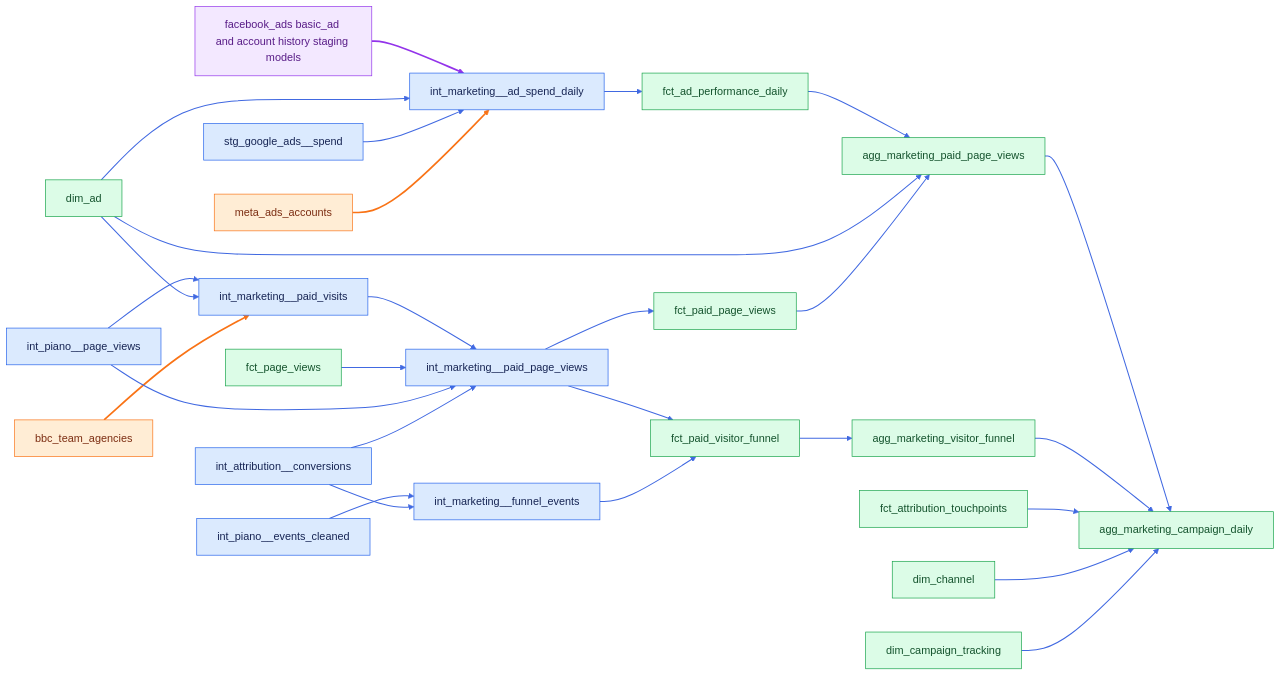
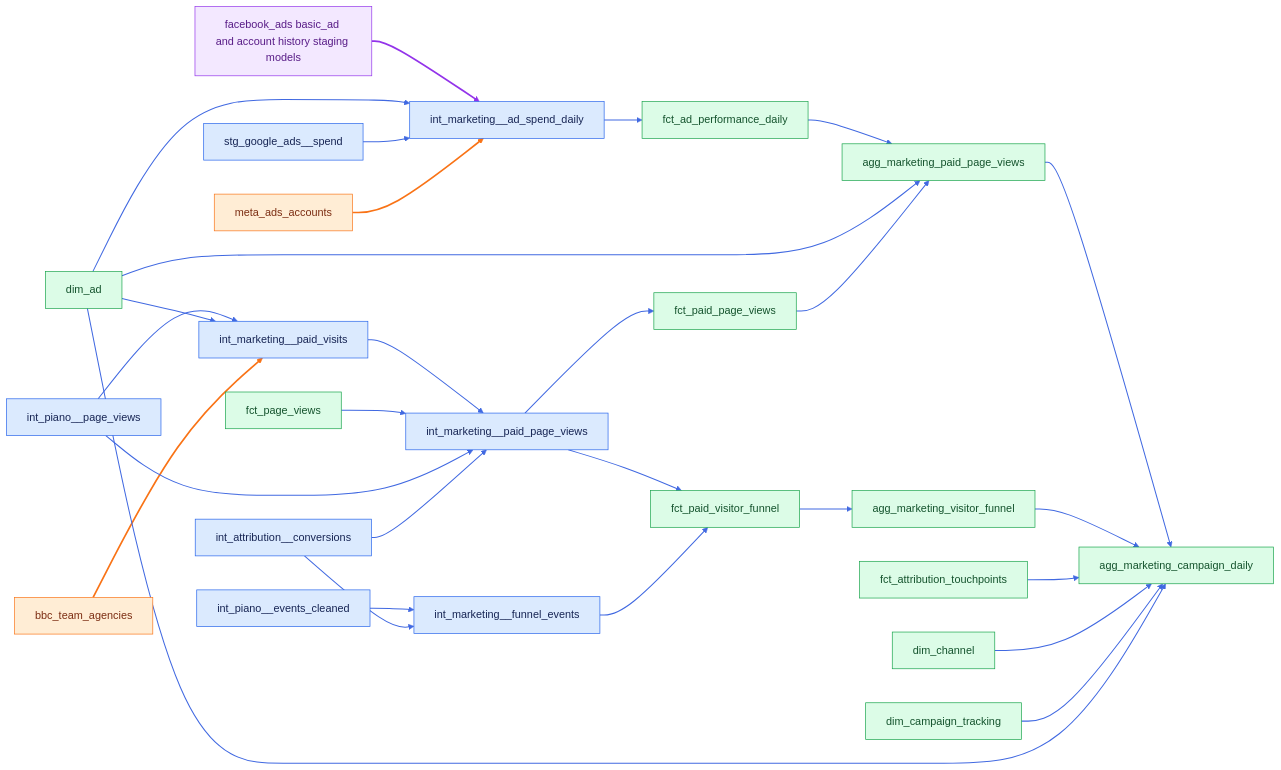
One commit to angelatanbbc/angela_bbc changed the seventh of 9 diagrams in docs/lineage.md. Above: the diagram before and after it, drawn with Mermaid. The commit also changed other lines of this file, not shown here.

````diff
--- a/docs/lineage.md
+++ b/docs/lineage.md
@@ -241,36 +241,37 @@
 ```mermaid
 graph LR
     classDef seed fill:#ffedd5,stroke:#f97316,color:#7c2d12
     classDef model fill:#dbeafe,stroke:#2563eb,color:#172554
     classDef mart fill:#dcfce7,stroke:#16a34a,color:#14532d
     classDef package fill:#f3e8ff,stroke:#9333ea,color:#581c87
     page_views["int_piano__page_views"]:::model --> paid_visits["int_marketing__paid_visits"]:::model
     ad["dim_ad"]:::mart --> paid_visits
     agencies["bbc_team_agencies"]:::seed --> paid_visits
     paid_visits --> paid_pv["int_marketing__paid_page_views"]:::model
     fct_pv["fct_page_views"]:::mart --> paid_pv
     page_views --> paid_pv
     conversions["int_attribution__conversions"]:::model --> paid_pv
     cleaned["int_piano__events_cleaned"]:::model --> funnel_events["int_marketing__funnel_events"]:::model
     conversions --> funnel_events
     fb["facebook_ads basic_ad and account history staging models"]:::package --> spend["int_marketing__ad_spend_daily"]:::model
     ad --> spend
     google_stg["stg_google_ads__spend"]:::model --> spend
     accounts["meta_ads_accounts"]:::seed --> spend
     spend --> perf["fct_ad_performance_daily"]:::mart
     paid_pv --> fct_paid["fct_paid_page_views"]:::mart
     paid_pv --> funnel["fct_paid_visitor_funnel"]:::mart
     funnel_events --> funnel
     perf --> g3["agg_marketing_paid_page_views"]:::mart
     ad --> g3
     fct_paid --> g3
     funnel --> g4["agg_marketing_visitor_funnel"]:::mart
     g3 --> g5["agg_marketing_campaign_daily"]:::mart
     g4 --> g5
     attribution["fct_attribution_touchpoints"]:::mart --> g5
     channel["dim_channel"]:::mart --> g5
     tracking["dim_campaign_tracking"]:::mart --> g5
-    linkStyle 0,1,3,4,5,6,7,8,10,11,13,14,15,16,17,18,19,20,21,22,23,24,25 stroke:#4169e1,stroke-width:1.5px
+    ad --> g5
+    linkStyle 0,1,3,4,5,6,7,8,10,11,13,14,15,16,17,18,19,20,21,22,23,24,25,26 stroke:#4169e1,stroke-width:1.5px
     linkStyle 2,12 stroke:#f97316,stroke-width:2.5px
     linkStyle 9 stroke:#9333ea,stroke-width:2.5px
 ```
````
